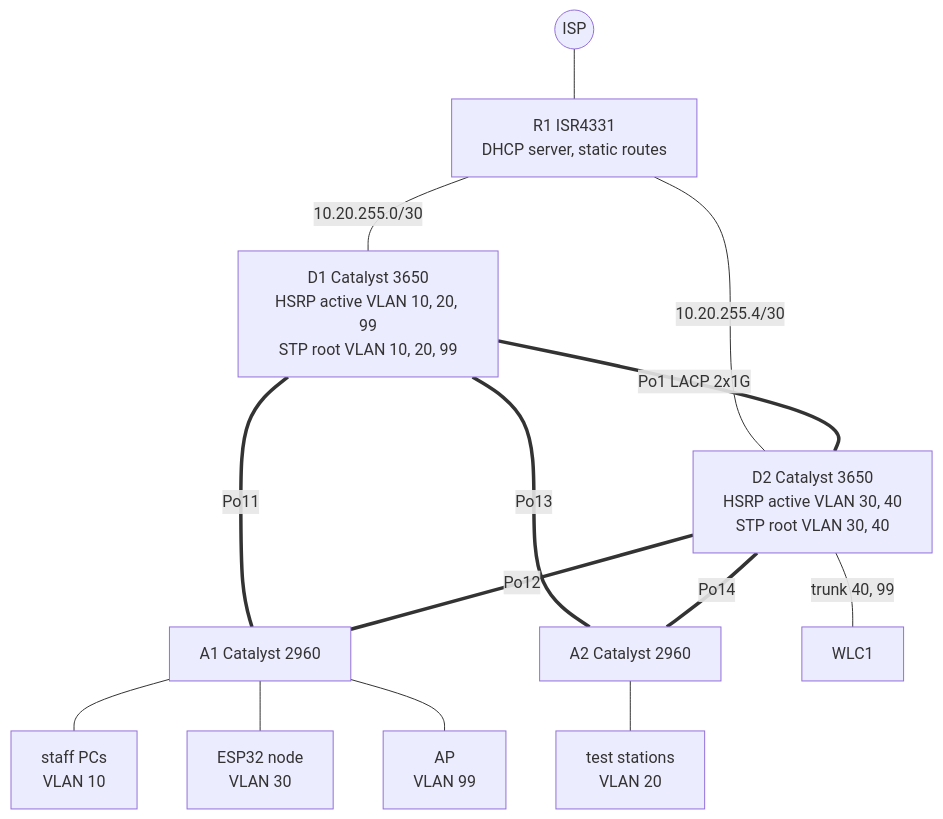
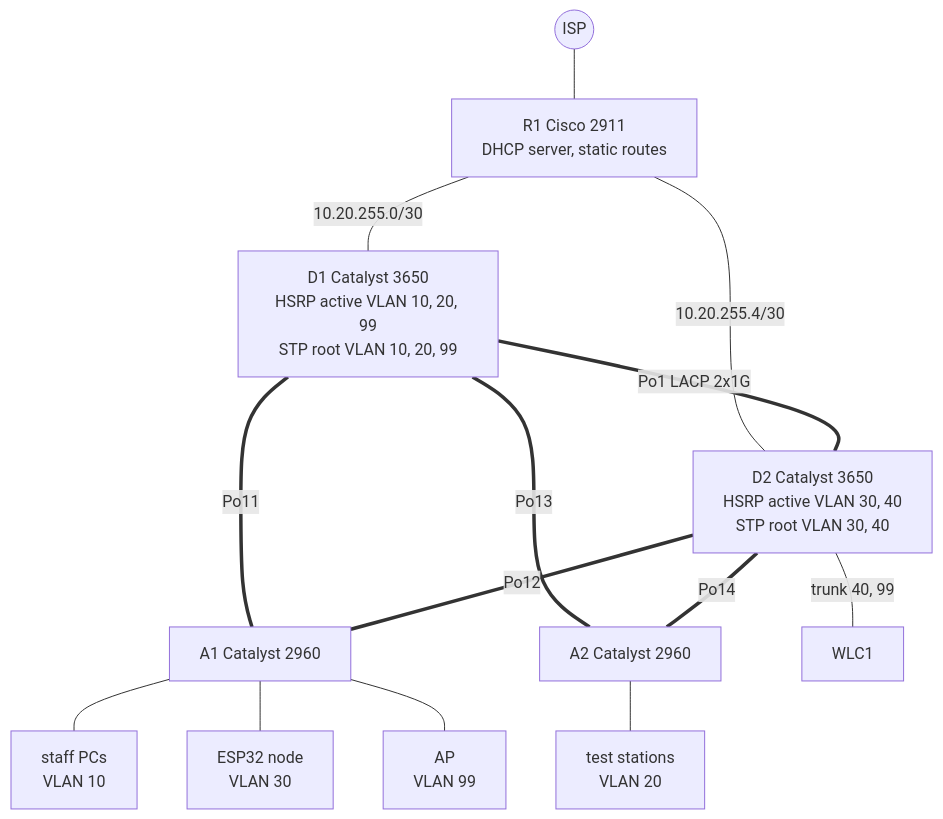
Before and after one commit to HannaBeshoy/ccna-campus-network: the diagram in README.md, drawn with Mermaid. The commit also changed 6 other files, not shown here.

Commit message:
R1 as a Cisco 2911 (G0/0-G0/2): the ISR4321 and ISR4331 in Packet Tracer have only two Gigabit ports

````diff
--- a/README.md
+++ b/README.md
@@ -20,16 +20,16 @@
 ```mermaid
 flowchart TB
-    ISP((ISP)) --- R1[R1 ISR4331<br/>DHCP server, static routes]
+    ISP((ISP)) --- R1[R1 Cisco 2911<br/>DHCP server, static routes]
     R1 ---|"10.20.255.0/30"| D1[D1 Catalyst 3650<br/>HSRP active VLAN 10, 20, 99<br/>STP root VLAN 10, 20, 99]
     R1 ---|"10.20.255.4/30"| D2[D2 Catalyst 3650<br/>HSRP active VLAN 30, 40<br/>STP root VLAN 30, 40]
     D1 ===|"Po1 LACP 2x1G"| D2
     D1 ===|Po11| A1[A1 Catalyst 2960]
     D2 ===|Po12| A1
     D1 ===|Po13| A2[A2 Catalyst 2960]
     D2 ===|Po14| A2
     D2 ---|trunk 40, 99| WLC[WLC1]
     A1 --- PC1[staff PCs<br/>VLAN 10]
     A1 --- ESP[ESP32 node<br/>VLAN 30]
     A1 --- AP[AP<br/>VLAN 99]
     A2 --- TS[test stations<br/>VLAN 20]
 ```
````
